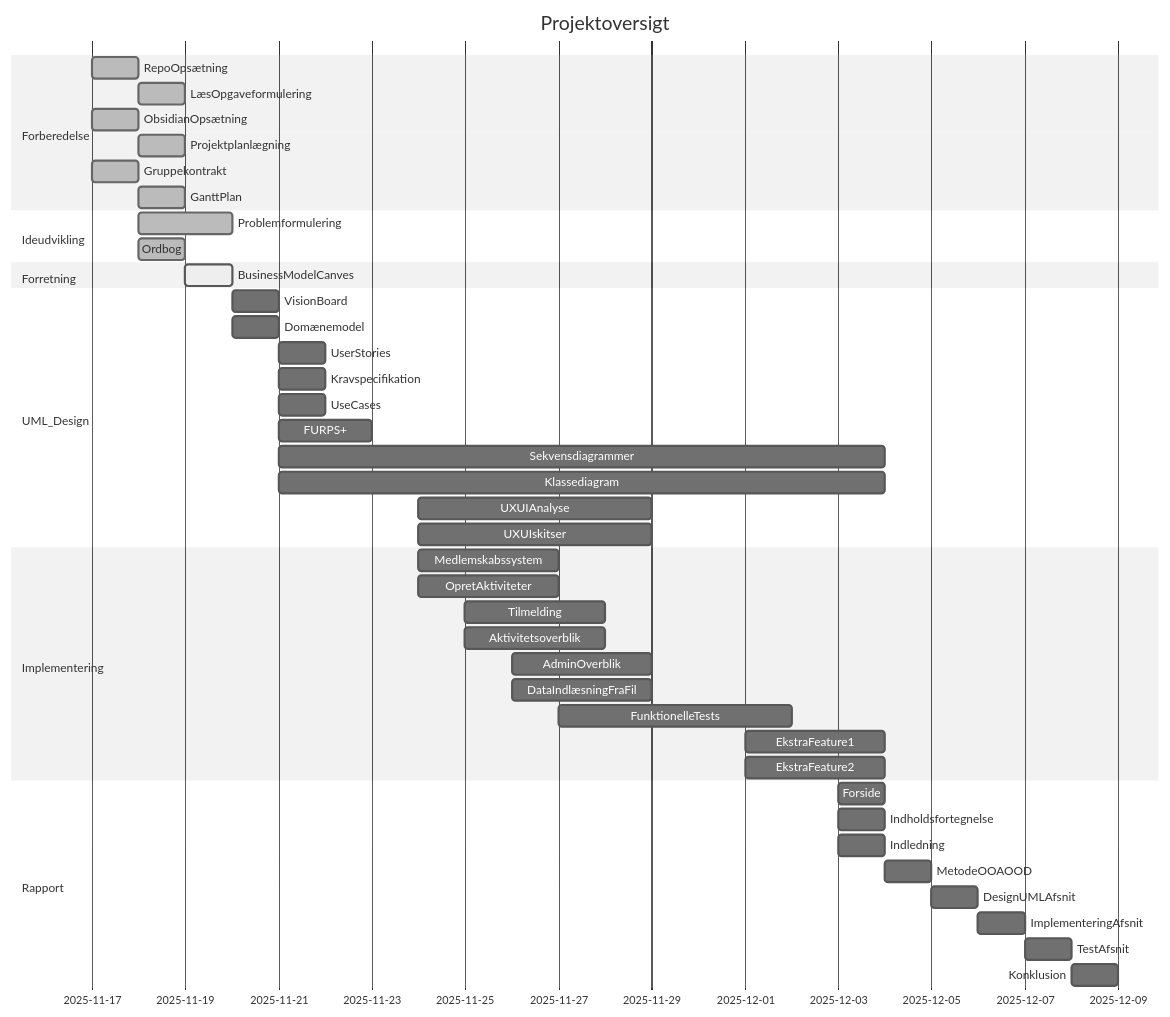
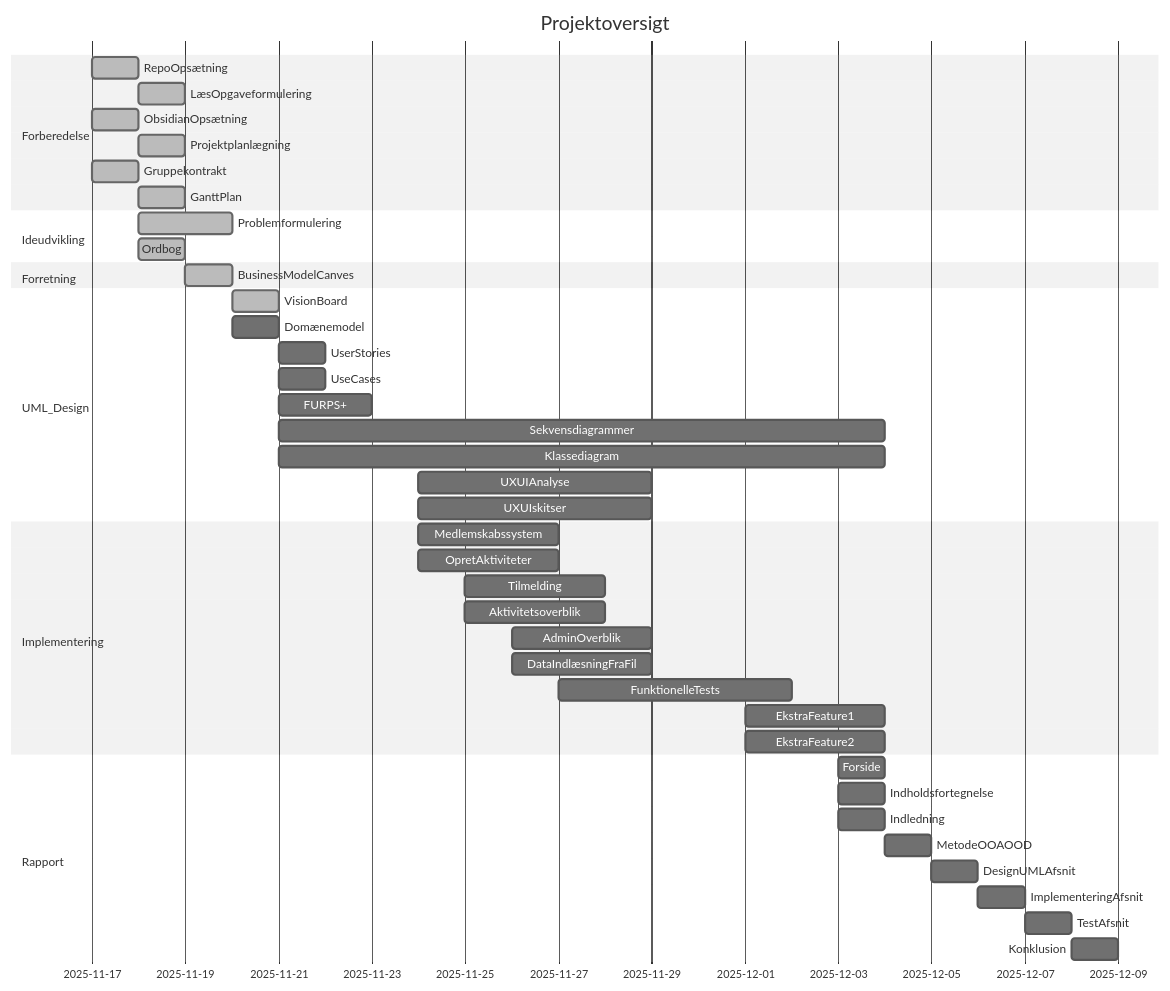
Before and after one commit to MatiasHeiberg/1.semesterprojekt: the diagram in 02 notes/2_Diverse/Projektstyring.md, drawn with Mermaid (neutral theme). The commit also changed 2 other files, not shown here.

Commit message:
Use cases

````diff
--- a/02 notes/2_Diverse/Projektstyring.md
+++ b/02 notes/2_Diverse/Projektstyring.md
@@ -1,54 +1,53 @@
 ```mermaid
 gantt
     dateFormat  YYYY-MM-DD
     title Projektoversigt
 
     section Forberedelse
     RepoOpsætning          :done, a1, 2025-11-17, 1d
     LæsOpgaveformulering   :done, a2, 2025-11-18, 0.5d
     ObsidianOpsætning      :done, a3, 2025-11-17, 1d
     Projektplanlægning     :done, a4, 2025-11-18, 1d
     Gruppekontrakt         :done, a5, 2025-11-17, 0.5d
     GanttPlan              :done, a6, 2025-11-18, 1d
    
     section Ideudvikling
     Problemformulering       :done, b1, 2025-11-18, 2d
     Ordbog                   :done, b3, 2025-11-18, 1d
 
     
 	section Forretning
-    BusinessModelCanves     :active, c1, 2025-11-19, 1d
+    BusinessModelCanves     :done, c1, 2025-11-19, 1d
 
     section UML_Design
-    VisionBoard             :d1, 2025-11-20, 0.5d
+    VisionBoard             :done, d1, 2025-11-20, 0.5d
     Domænemodel             :d2, 2025-11-20, 0.5d
     UserStories             :d3, 2025-11-21, 0.5d
-    Kravspecifikation        :d4, 2025-11-21, 0.5d
     UseCases                :d5, 2025-11-21, 0.5d
     FURPS+              :d6, 2025-11-21, 2d
     Sekvensdiagrammer        :d7, 2025-11-21, 13d
     Klassediagram            :d8, 2025-11-21, 13d
     UXUIAnalyse            :d9, 2025-11-24, 5d
     UXUIskitser            :d10, 2025-11-24, 5d
 
     section Implementering
     Medlemskabssystem        :e1, 2025-11-24, 3d
     OpretAktiviteter        :e2, 2025-11-24, 3d
     Tilmelding               :e3, 2025-11-25, 3d
     Aktivitetsoverblik       :e4, 2025-11-25, 3d
     AdminOverblik           :e5, 2025-11-26, 3d
     DataIndlæsningFraFil :e6, 2025-11-26, 3d
     FunktionelleTests       :e7, 2025-11-27, 5d
     EkstraFeature1           :e8, 2025-12-01, 3d
     EkstraFeature2           :e9, 2025-12-01, 3d
 
     section Rapport
     Forside                  :f1, 2025-12-03, 1d
     Indholdsfortegnelse      :f2, 2025-12-03, 1d
     Indledning               :f3, 2025-12-03, 1d
     MetodeOOAOOD           :f4, 2025-12-04, 1d
     DesignUMLAfsnit        :f5, 2025-12-05, 1d
     ImplementeringAfsnit    :f6, 2025-12-06, 1d
     TestAfsnit              :f7, 2025-12-07, 1d
     Konklusion               :f8, 2025-12-08, 1d
 ```
````
